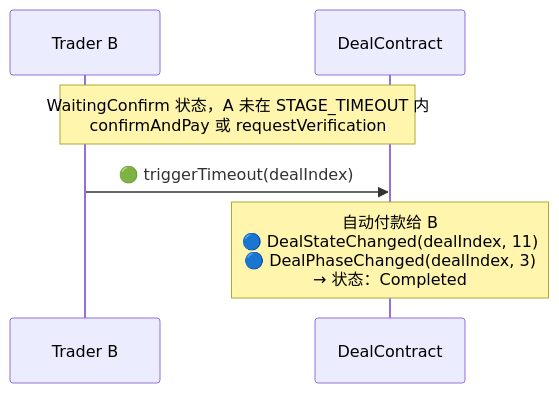
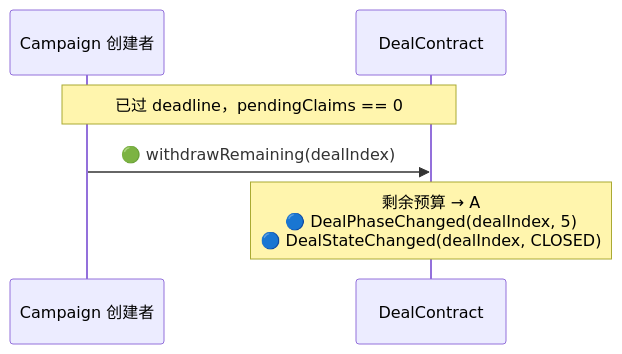
The fourth of 5 diagrams in examples/x-follow/x-follow-design-zh.md (synctxai/synctx), drawn with Mermaid before and after one commit. The commit also changed other lines of this file and 1 other file, not shown here.

First line of the commit message:
docs(x-follow): redesign as 1-to-many campaign model

````diff
--- a/examples/x-follow/x-follow-design-zh.md
+++ b/examples/x-follow/x-follow-design-zh.md
@@ -376,9 +293,9 @@
 ```mermaid
 sequenceDiagram
-    participant B as Trader B
+    participant A as Campaign 创建者
     participant D as DealContract
 
-    Note over B,D: WaitingConfirm 状态，A 未在 STAGE_TIMEOUT 内<br/>confirmAndPay 或 requestVerification
-    B->>D: 🟢 triggerTimeout(dealIndex)
-    Note over D: 自动付款给 B<br/>🔵 DealStateChanged(dealIndex, 11)<br/>🔵 DealPhaseChanged(dealIndex, 3)<br/>→ 状态：Completed
+    Note over A,D: 已过 deadline，pendingClaims == 0
+    A->>D: 🟢 withdrawRemaining(dealIndex)
+    Note over D: 剩余预算 → A<br/>🔵 DealPhaseChanged(dealIndex, 5)<br/>🔵 DealStateChanged(dealIndex, CLOSED)
 ```
````
